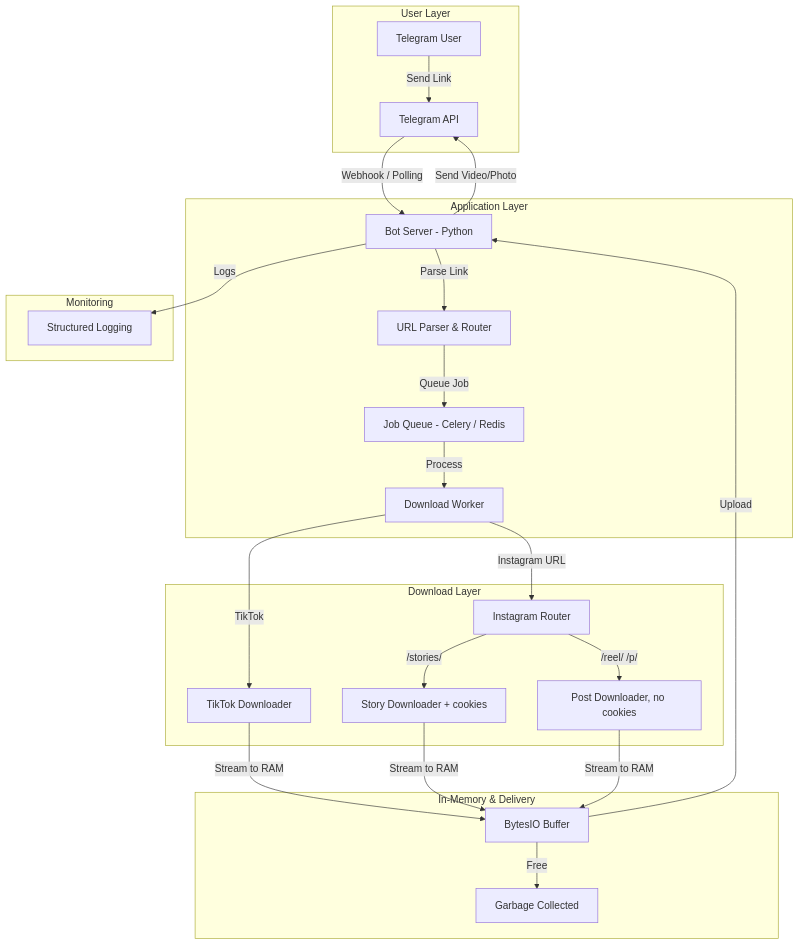
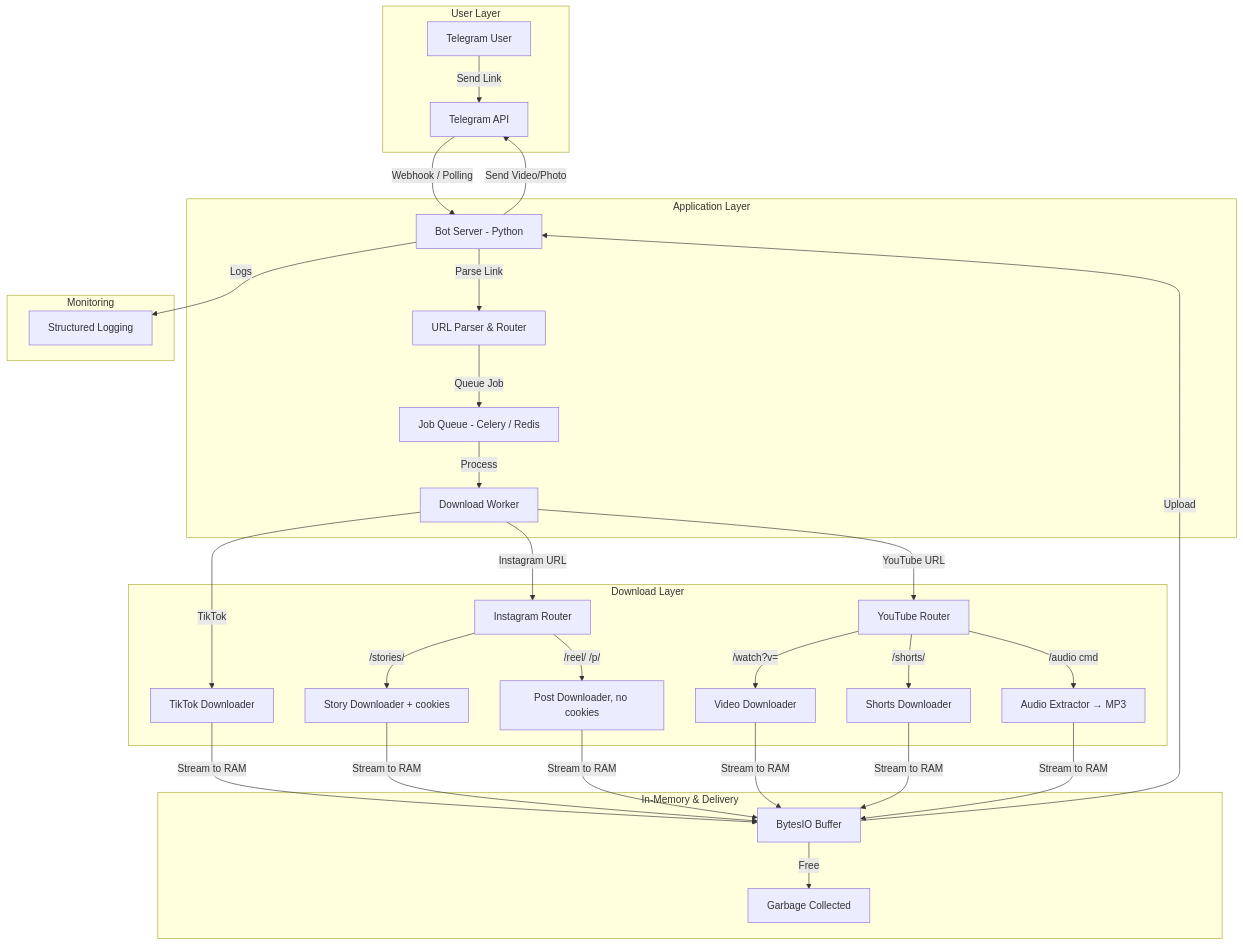
One commit to sochetraoeun/Telegram-Video-Downloader-Bot changed the first of 4 diagrams in system-design.md. Above: the diagram before and after it, drawn with Mermaid. The commit also changed other lines of this file and 13 other files, not shown here.

````diff
--- a/system-design.md
+++ b/system-design.md
@@ -68,31 +71,35 @@
 ```mermaid
 graph TB
     subgraph User Layer
         U[Telegram User] -->|Send Link| TG[Telegram API]
     end
 
     subgraph Application Layer
         TG -->|Webhook / Polling| BOT[Bot Server - Python]
         BOT -->|Parse Link| PARSER[URL Parser & Router]
         PARSER -->|Queue Job| Q[Job Queue - Celery / Redis]
         Q -->|Process| WORKER[Download Worker]
     end
 
     subgraph Download Layer
         WORKER -->|TikTok| TT[TikTok Downloader]
         WORKER -->|Instagram URL| IG[Instagram Router]
+        WORKER -->|YouTube URL| YT[YouTube Router]
         IG -->|/stories/| IG_STORY[Story Downloader + cookies]
         IG -->|/reel/ /p/| IG_POST[Post Downloader, no cookies]
+        YT -->|/watch?v=| YT_VID[Video Downloader]
+        YT -->|/shorts/| YT_SHORT[Shorts Downloader]
+        YT -->|/audio cmd| YT_AUDIO[Audio Extractor → MP3]
     end
 
     subgraph In-Memory & Delivery
-        TT & IG_STORY & IG_POST -->|Stream to RAM| MEM[BytesIO Buffer]
+        TT & IG_STORY & IG_POST & YT_VID & YT_SHORT & YT_AUDIO -->|Stream to RAM| MEM[BytesIO Buffer]
         MEM -->|Upload| BOT
         BOT -->|Send Video/Photo| TG
         MEM -->|Free| GC[Garbage Collected]
     end
 
     subgraph Monitoring
         BOT -->|Logs| LOG[Structured Logging]
     end
 ```
````
